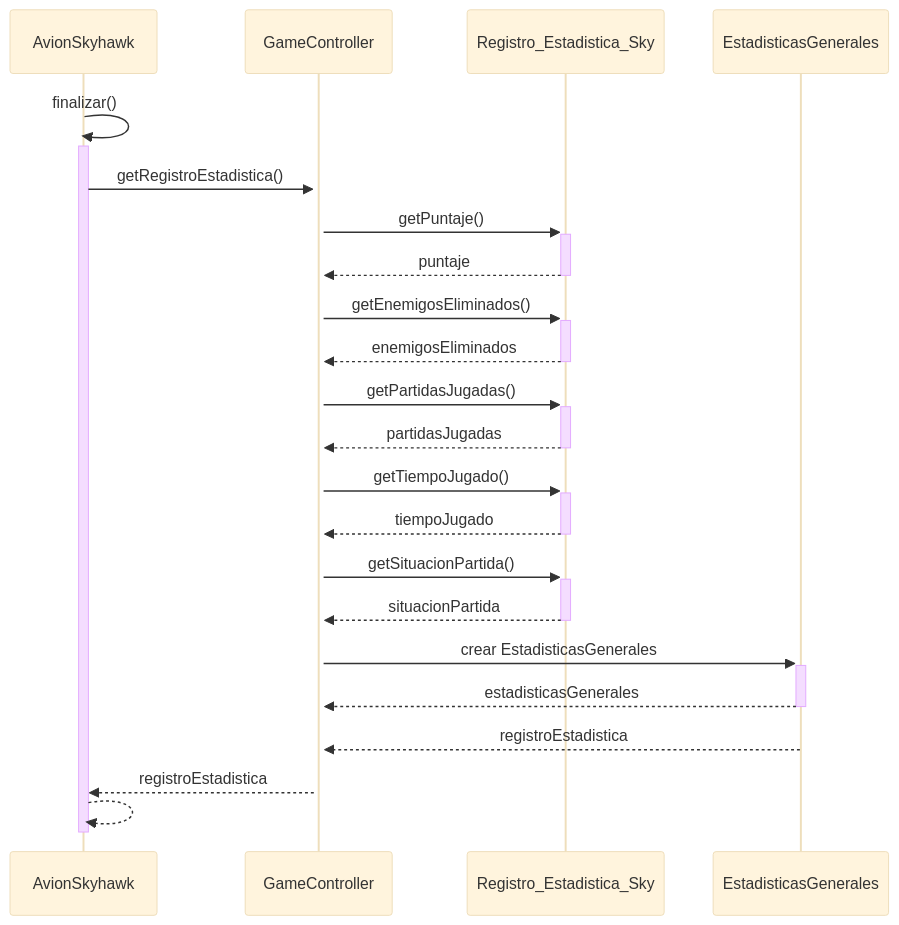
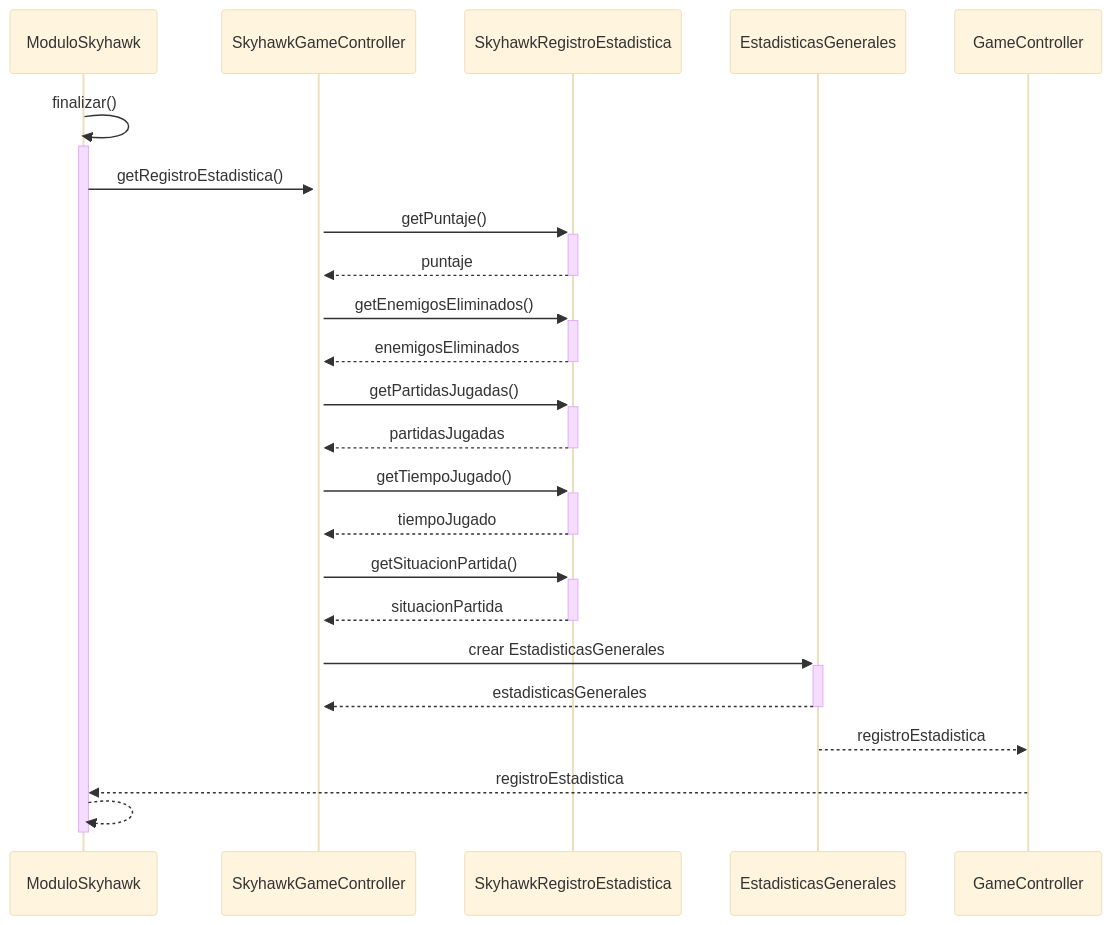
Before and after one commit to chiaraarego/Grupo-2---Skyhawk: the sixth of 6 diagrams in Diagramas/diagram_Secuencias_Actualizados.md, drawn with Mermaid (base theme). The commit also changed other lines of this file, not shown here.

````diff
--- a/Diagramas/diagram_Secuencias_Actualizados.md
+++ b/Diagramas/diagram_Secuencias_Actualizados.md
@@ -227,36 +227,36 @@
 ```mermaid
 sequenceDiagram
-    participant AvionSkyhawk
-    participant GameController
-    participant Registro_Estadistica_Sky
+    participant ModuloSkyhawk
+    participant SkyhawkGameController
+    participant SkyhawkRegistroEstadistica
     participant EstadisticasGenerales
 
-    AvionSkyhawk ->> +AvionSkyhawk : finalizar()
+    ModuloSkyhawk ->> +ModuloSkyhawk : finalizar()
 
-    AvionSkyhawk ->> +GameController : getRegistroEstadistica()
+    ModuloSkyhawk ->> +SkyhawkGameController : getRegistroEstadistica()
 
-    GameController ->> +Registro_Estadistica_Sky : getPuntaje()
-    Registro_Estadistica_Sky -->> -GameController : puntaje
+    SkyhawkGameController ->> +SkyhawkRegistroEstadistica : getPuntaje()
+    SkyhawkRegistroEstadistica -->> -SkyhawkGameController : puntaje
 
-    GameController ->> +Registro_Estadistica_Sky : getEnemigosEliminados()
-    Registro_Estadistica_Sky -->> -GameController : enemigosEliminados
+    SkyhawkGameController ->> +SkyhawkRegistroEstadistica : getEnemigosEliminados()
+    SkyhawkRegistroEstadistica -->> -SkyhawkGameController : enemigosEliminados
 
-    GameController ->> +Registro_Estadistica_Sky : getPartidasJugadas()
-    Registro_Estadistica_Sky -->> -GameController : partidasJugadas
+    SkyhawkGameController ->> +SkyhawkRegistroEstadistica : getPartidasJugadas()
+    SkyhawkRegistroEstadistica -->> -SkyhawkGameController : partidasJugadas
 
-    GameController ->> +Registro_Estadistica_Sky : getTiempoJugado()
-    Registro_Estadistica_Sky -->> -GameController : tiempoJugado
+    SkyhawkGameController ->> +SkyhawkRegistroEstadistica : getTiempoJugado()
+    SkyhawkRegistroEstadistica -->> -SkyhawkGameController : tiempoJugado
 
-    GameController ->> +Registro_Estadistica_Sky : getSituacionPartida()
-    Registro_Estadistica_Sky -->> -GameController : situacionPartida
+    SkyhawkGameController ->> +SkyhawkRegistroEstadistica : getSituacionPartida()
+    SkyhawkRegistroEstadistica -->> -SkyhawkGameController : situacionPartida
 
 
-    GameController ->> +EstadisticasGenerales : crear EstadisticasGenerales
-    EstadisticasGenerales -->> -GameController : estadisticasGenerales
+    SkyhawkGameController ->> +EstadisticasGenerales : crear EstadisticasGenerales
+    EstadisticasGenerales -->> -SkyhawkGameController : estadisticasGenerales
 
     EstadisticasGenerales -->> GameController : registroEstadistica
-    GameController -->> AvionSkyhawk : registroEstadistica
+    GameController -->> ModuloSkyhawk : registroEstadistica
 
-    AvionSkyhawk -->> -AvionSkyhawk :
+    ModuloSkyhawk -->> -ModuloSkyhawk :
 
 ```
````
